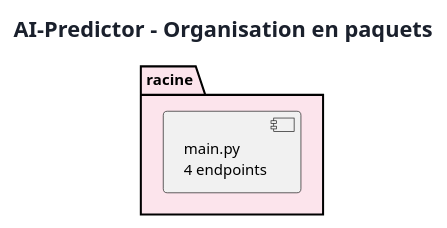
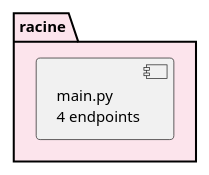
The diagram in docs/diagrams/microservices/AI-Predictor/AI-Predictor-package.puml (saber-barhoumi/Xpark-gmao), drawn with PlantUML before and after one commit. The commit also changed 217 other files, not shown here.

```diff
--- a/docs/diagrams/microservices/AI-Predictor/AI-Predictor-package.puml
+++ b/docs/diagrams/microservices/AI-Predictor/AI-Predictor-package.puml
@@ -1,23 +1,21 @@
 @startuml
 skinparam style strictuml
 skinparam backgroundColor #FFFFFF
 skinparam shadowing false
 skinparam defaultFontName Verdana
 skinparam defaultFontSize 11
 skinparam roundCorner 6
 skinparam ArrowColor #4A5568
 skinparam TitleFontSize 16
 skinparam TitleFontColor #1A202C
 skinparam NoteBackgroundColor #FFF8DC
 skinparam NoteBorderColor #D6BF7A
 skinparam componentStyle rectangle
 
-title AI-Predictor - Organisation en paquets
-
 skinparam componentStyle rectangle
 
 package "(racine)" #FCE4EC {
   component "main.py\n4 endpoints" as main_py
 }
 
 @enduml
```
